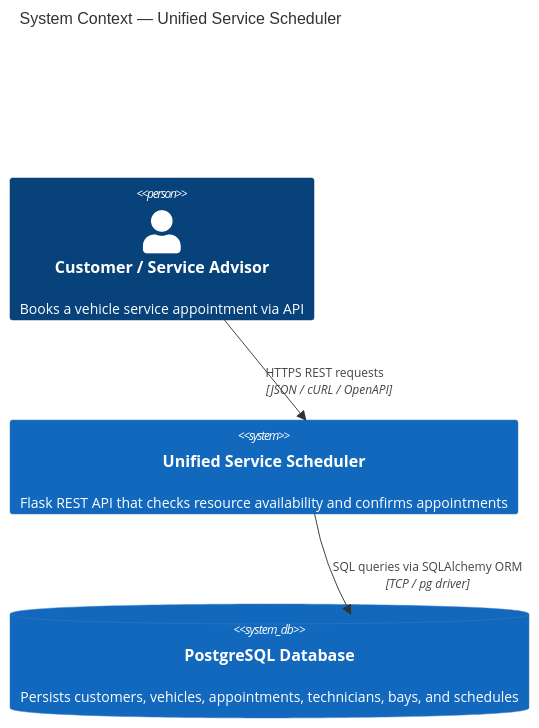
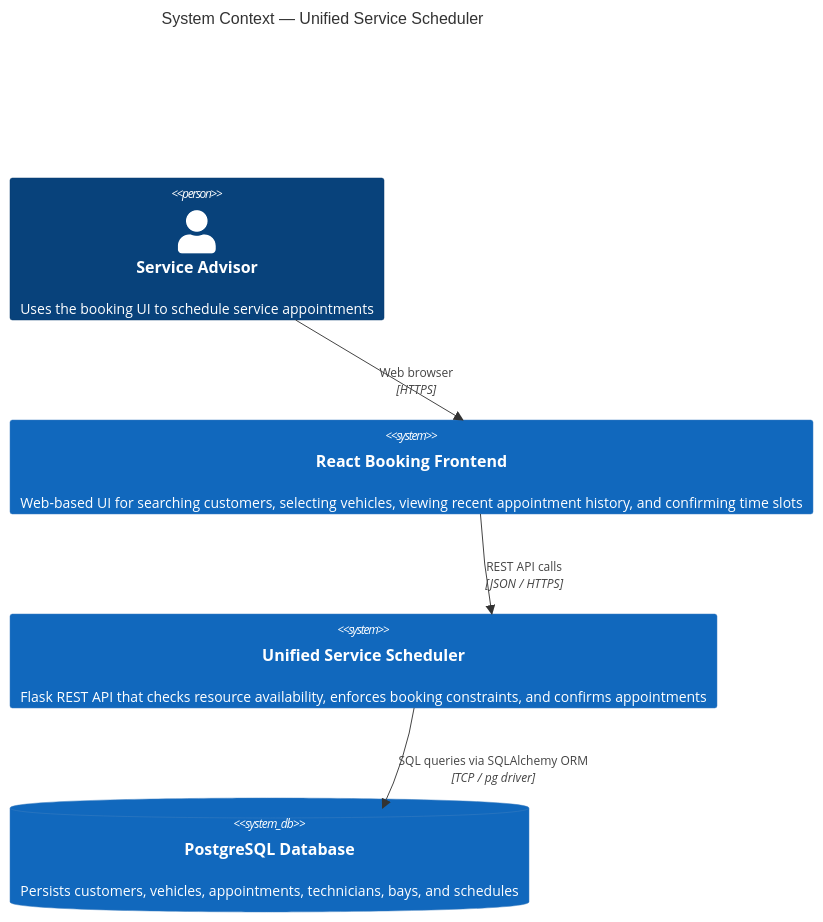
The first of 3 diagrams in SYSTEM_DESIGN.md (hungcaovu/keyloop), drawn with Mermaid before and after one commit. The commit also changed other lines of this file and 2 other files, not shown here.

````diff
--- a/SYSTEM_DESIGN.md
+++ b/SYSTEM_DESIGN.md
@@ -78,11 +79,13 @@
 ```mermaid
 C4Context
     title System Context — Unified Service Scheduler
 
-    Person(customer, "Customer / Service Advisor", "Books a vehicle service appointment via API")
-    System(scheduler, "Unified Service Scheduler", "Flask REST API that checks resource availability and confirms appointments")
+    Person(customer, "Service Advisor", "Uses the booking UI to schedule service appointments")
+    System(frontend, "React Booking Frontend", "Web-based UI for searching customers, selecting vehicles, viewing recent appointment history, and confirming time slots")
+    System(scheduler, "Unified Service Scheduler", "Flask REST API that checks resource availability, enforces booking constraints, and confirms appointments")
     SystemDb(db, "PostgreSQL Database", "Persists customers, vehicles, appointments, technicians, bays, and schedules")
 
-    Rel(customer, scheduler, "HTTPS REST requests", "JSON / cURL / OpenAPI")
+    Rel(customer, frontend, "Web browser", "HTTPS")
+    Rel(frontend, scheduler, "REST API calls", "JSON / HTTPS")
     Rel(scheduler, db, "SQL queries via SQLAlchemy ORM", "TCP / pg driver")
 ```
````
